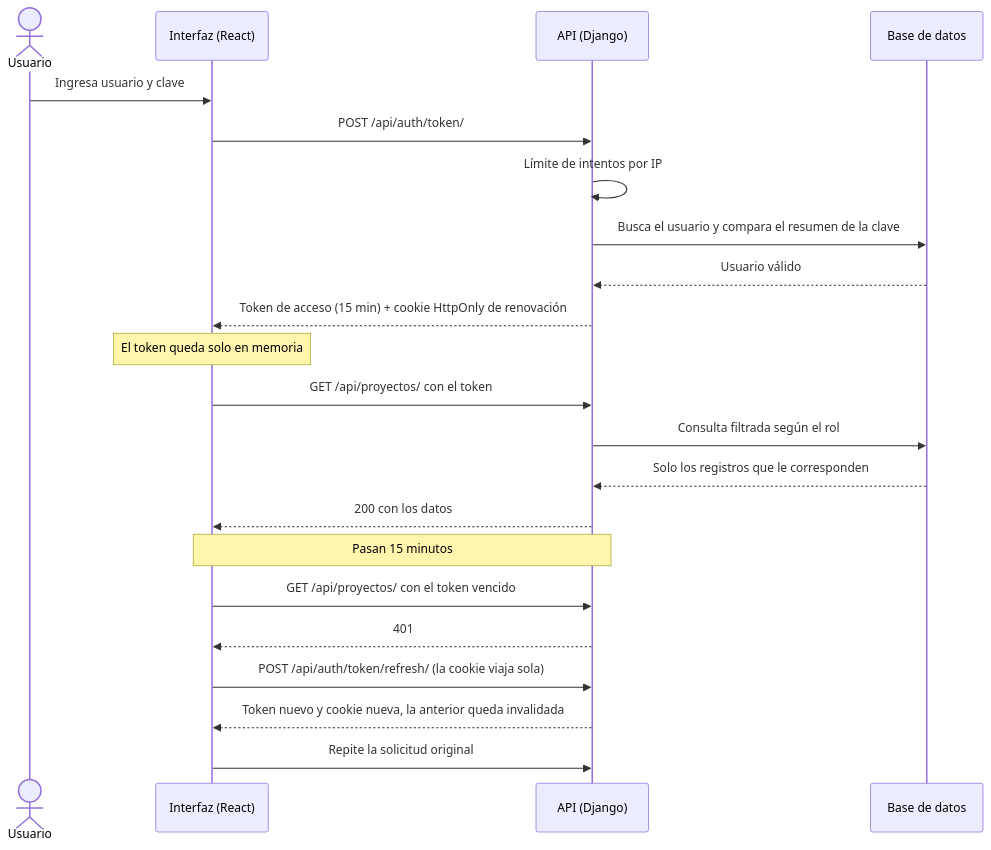
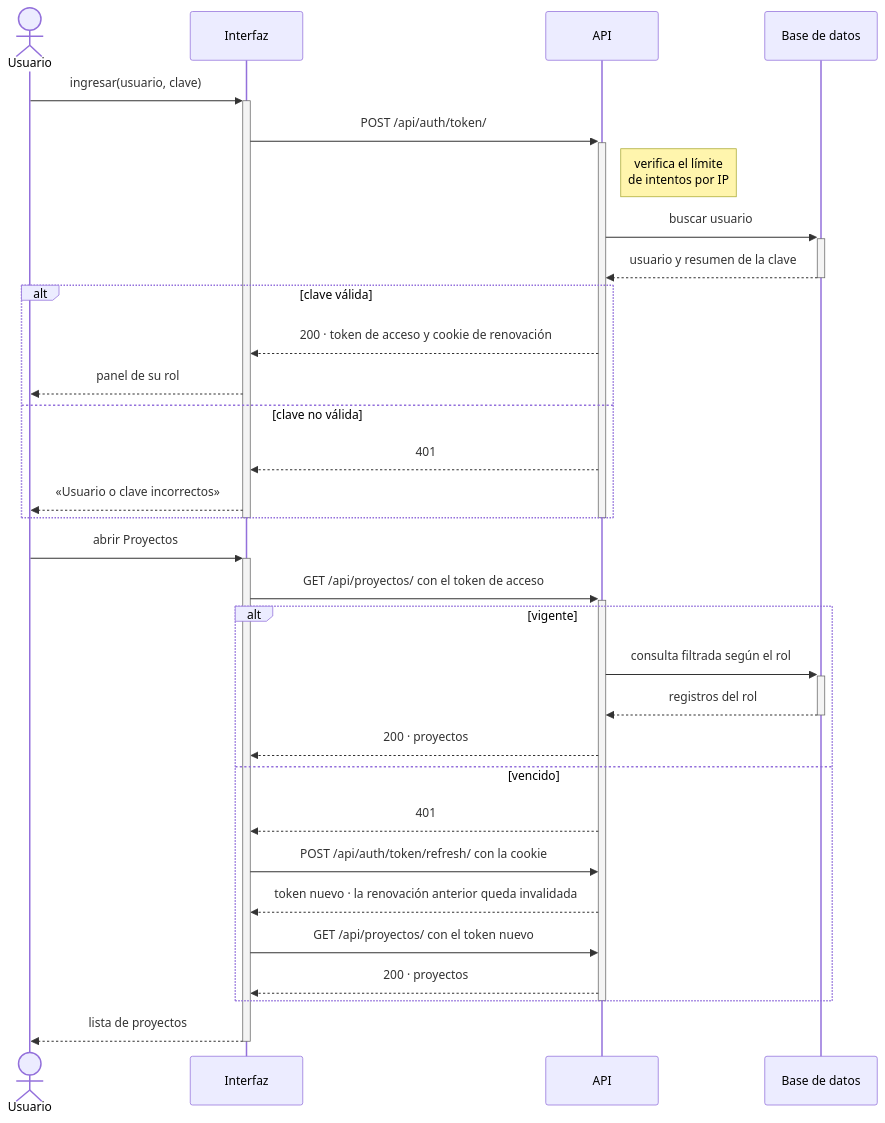
Before and after one commit to Chacarerin/ecotech_demo: the fifth of 5 diagrams in docs/uml.md, drawn with Mermaid. The commit also changed other lines of this file and 3 other files, not shown here.

First line of the commit message:
docs(uml): diagramas corregidos con la vara de Modelamiento

````diff
--- a/docs/uml.md
+++ b/docs/uml.md
@@ -226,27 +257,38 @@
 ```mermaid
 sequenceDiagram
     actor U as Usuario
-    participant I as Interfaz (React)
-    participant A as API (Django)
+    participant I as Interfaz
+    participant A as API
     participant B as Base de datos
 
-    U->>I: Ingresa usuario y clave
-    I->>A: POST /api/auth/token/
-    A->>A: Límite de intentos por IP
-    A->>B: Busca el usuario y compara el resumen de la clave
-    B-->>A: Usuario válido
-    A-->>I: Token de acceso (15 min) + cookie HttpOnly de renovación
-    Note over I: El token queda solo en memoria
+    U->>+I: ingresar(usuario, clave)
+    I->>+A: POST /api/auth/token/
+    Note right of A: verifica el límite<br>de intentos por IP
+    A->>+B: buscar usuario
+    B-->>-A: usuario y resumen de la clave
+    alt clave válida
+        A-->>I: 200 · token de acceso y cookie de renovación
+        I-->>U: panel de su rol
+    else clave no válida
+        A-->>I: 401
+        I-->>U: «Usuario o clave incorrectos»
+    end
+    deactivate A
+    deactivate I
 
-    I->>A: GET /api/proyectos/ con el token
-    A->>B: Consulta filtrada según el rol
-    B-->>A: Solo los registros que le corresponden
-    A-->>I: 200 con los datos
-
-    Note over I,A: Pasan 15 minutos
-    I->>A: GET /api/proyectos/ con el token vencido
-    A-->>I: 401
-    I->>A: POST /api/auth/token/refresh/ (la cookie viaja sola)
-    A-->>I: Token nuevo y cookie nueva, la anterior queda invalidada
-    I->>A: Repite la solicitud original
+    U->>+I: abrir Proyectos
+    I->>+A: GET /api/proyectos/ con el token de acceso
+    alt vigente
+        A->>+B: consulta filtrada según el rol
+        B-->>-A: registros del rol
+        A-->>I: 200 · proyectos
+    else vencido
+        A-->>I: 401
+        I->>A: POST /api/auth/token/refresh/ con la cookie
+        A-->>I: token nuevo · la renovación anterior queda invalidada
+        I->>A: GET /api/proyectos/ con el token nuevo
+        A-->>I: 200 · proyectos
+    end
+    deactivate A
+    I-->>-U: lista de proyectos
 ```
````
